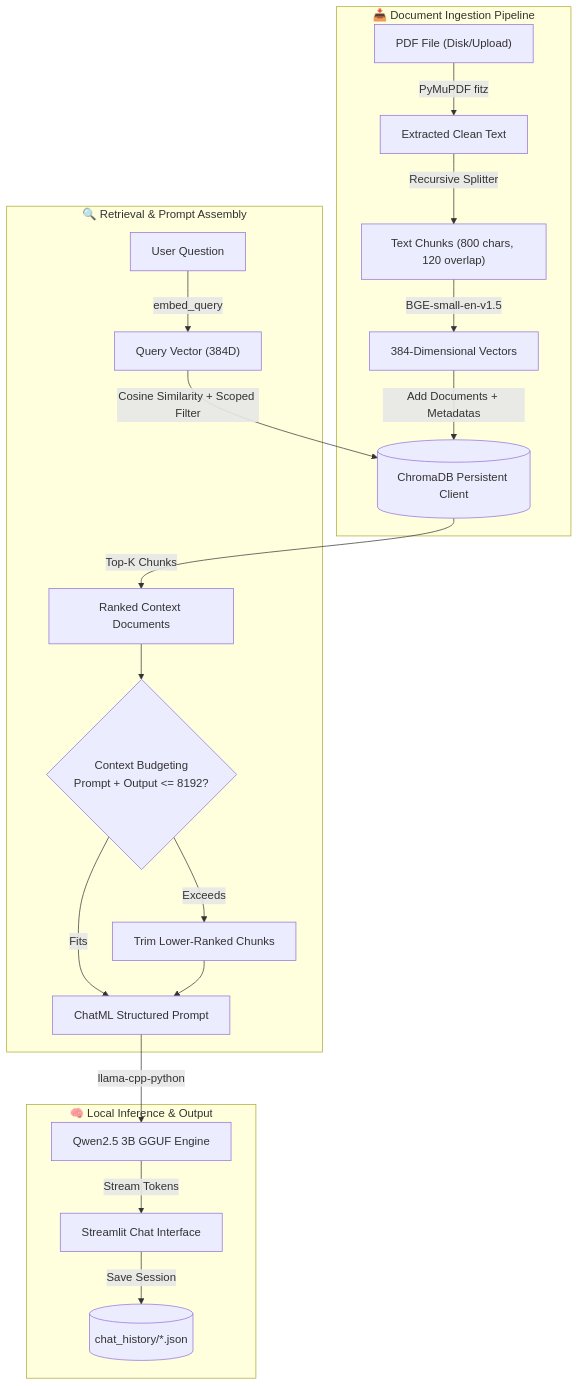
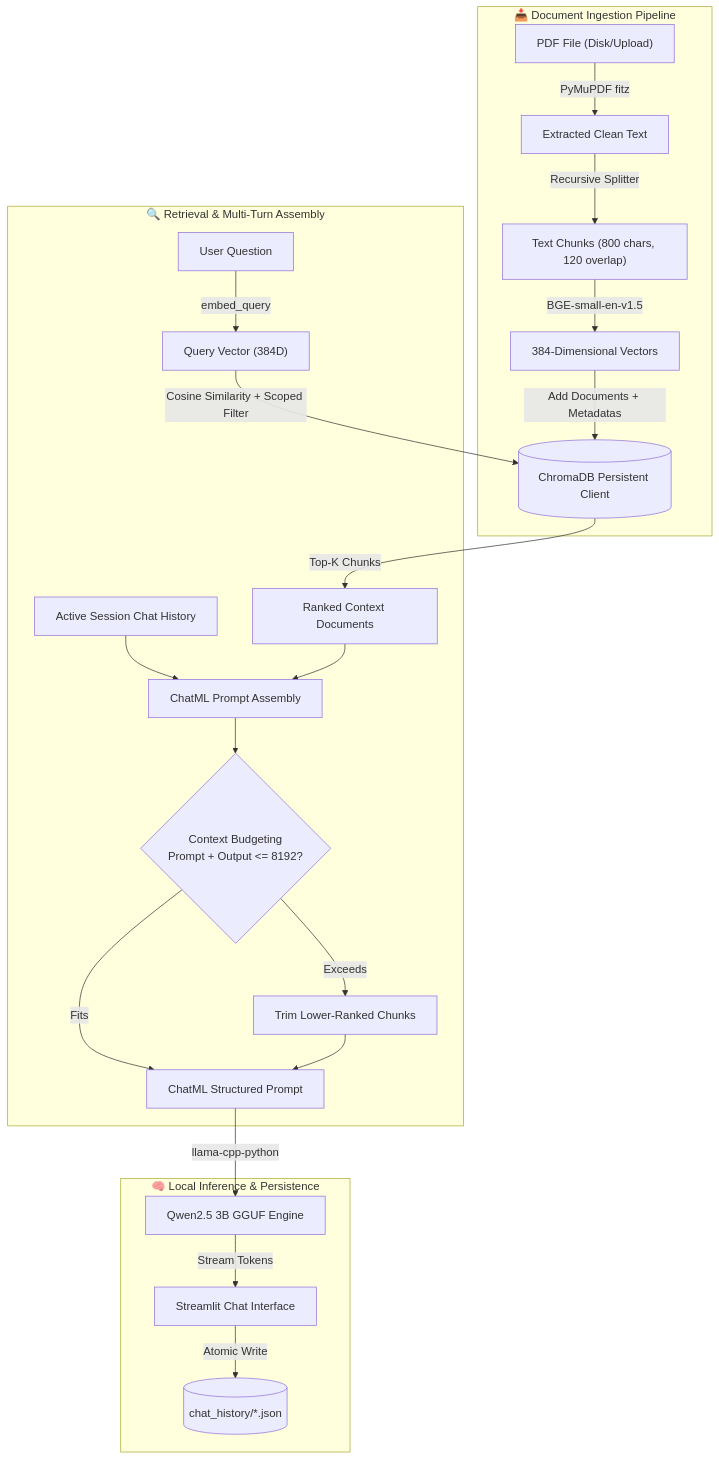
The second of 3 diagrams in README.md (Sujalkathait/docmind-RaG), drawn with Mermaid before and after one commit. The commit also changed other lines of this file and 2 other files, not shown here.

Commit message:
docs: enrich README with live interactive diagram and citation action bar screenshots

````diff
--- a/README.md
+++ b/README.md
@@ -126,24 +142,26 @@
 ```mermaid
 flowchart TD
     subgraph INGESTION ["📥 Document Ingestion Pipeline"]
         PDF["PDF File (Disk/Upload)"] -->|PyMuPDF fitz| TEXT["Extracted Clean Text"]
         TEXT -->|Recursive Splitter| CHUNKS["Text Chunks (800 chars, 120 overlap)"]
         CHUNKS -->|BGE-small-en-v1.5| EMBEDS["384-Dimensional Vectors"]
         EMBEDS -->|Add Documents + Metadatas| CHROMA[("ChromaDB Persistent Client")]
     end
 
-    subgraph RETRIEVAL ["🔍 Retrieval & Prompt Assembly"]
+    subgraph RETRIEVAL ["🔍 Retrieval & Multi-Turn Assembly"]
         QUERY["User Question"] -->|embed_query| Q_VEC["Query Vector (384D)"]
         Q_VEC -->|Cosine Similarity + Scoped Filter| CHROMA
         CHROMA -->|Top-K Chunks| CTX["Ranked Context Documents"]
-        CTX --> BUDGET{"Context Budgeting<br/>Prompt + Output <= 8192?"}
+        HISTORY["Active Session Chat History"] --> PROMPT_BUILDER["ChatML Prompt Assembly"]
+        CTX --> PROMPT_BUILDER
+        PROMPT_BUILDER --> BUDGET{"Context Budgeting<br/>Prompt + Output <= 8192?"}
         BUDGET -->|Fits| PROMPT["ChatML Structured Prompt"]
         BUDGET -->|Exceeds| TRIM["Trim Lower-Ranked Chunks"] --> PROMPT
     end
 
-    subgraph INFERENCE ["🧠 Local Inference & Output"]
+    subgraph INFERENCE ["🧠 Local Inference & Persistence"]
         PROMPT -->|llama-cpp-python| LLM["Qwen2.5 3B GGUF Engine"]
         LLM -->|Stream Tokens| UI["Streamlit Chat Interface"]
-        UI -->|Save Session| DISK[("chat_history/*.json")]
+        UI -->|Atomic Write| DISK[("chat_history/*.json")]
     end
 ```
````
